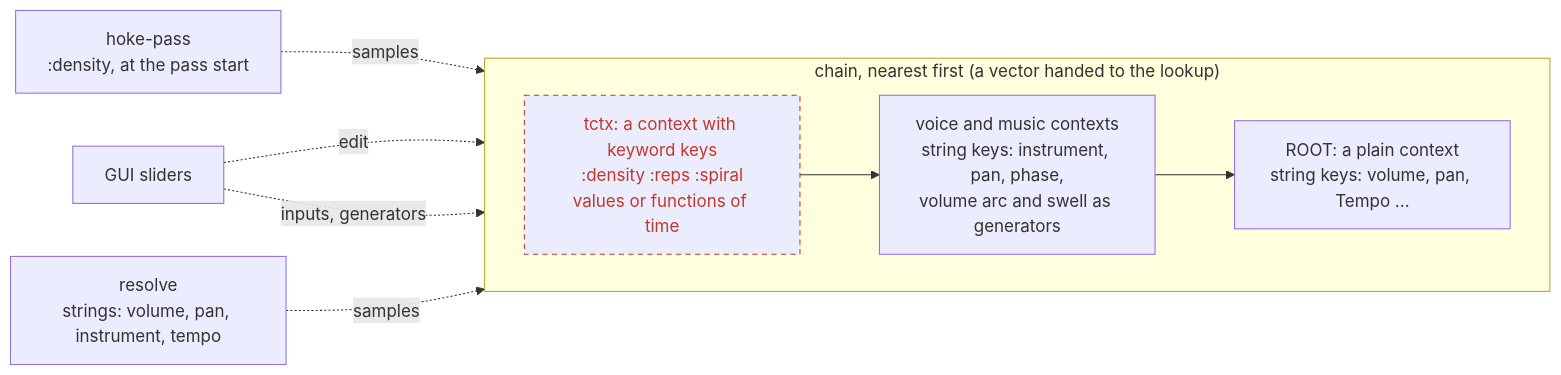
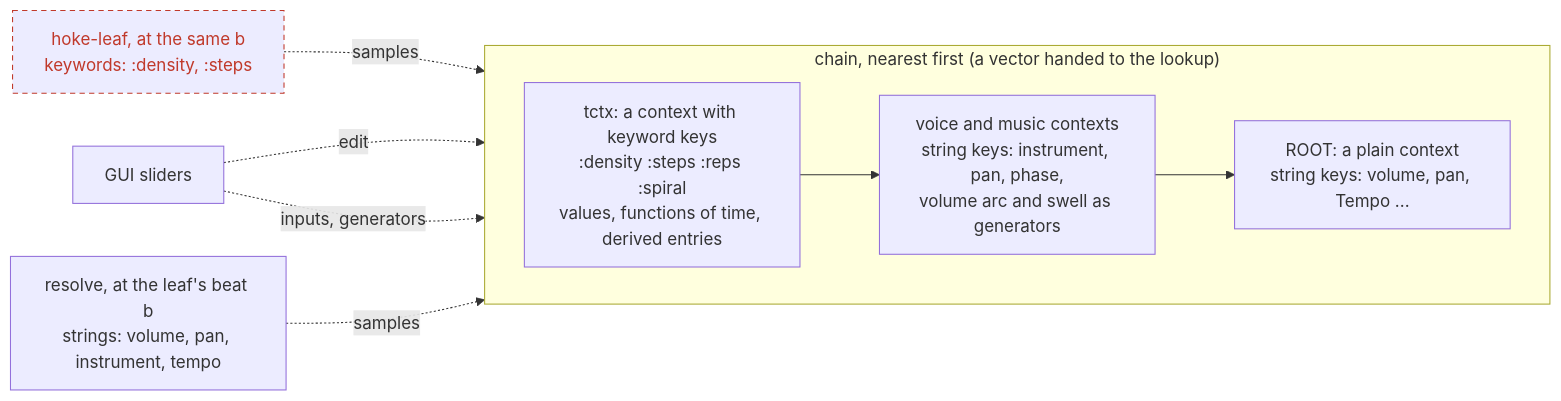
The third of 3 diagrams in doc/md/hoketus-dynamic.md (gebdevalk/musics), drawn with Mermaid before and after one commit. The commit also changed other lines of this file and 1 other file, not shown here.

Commit message:
docs: a voice as a function of beat -- one leaf, one beat, every lookup at that beat

````diff
--- a/doc/md/hoketus-dynamic.md
+++ b/doc/md/hoketus-dynamic.md
@@ -65,15 +63,15 @@
 ```mermaid
 flowchart LR
   subgraph chain["chain, nearest first (a vector handed to the lookup)"]
     direction LR
-    tctx["tctx: a context with keyword keys<br/>:density :reps :spiral<br/>values or functions of time"] --> voice["voice and music contexts<br/>string keys: instrument, pan, phase,<br/>volume arc and swell as generators"]
+    tctx["tctx: a context with keyword keys<br/>:density :steps :reps :spiral<br/>values, functions of time, derived entries"] --> voice["voice and music contexts<br/>string keys: instrument, pan, phase,<br/>volume arc and swell as generators"]
     voice --> root["ROOT: a plain context<br/>string keys: volume, pan, Tempo ..."]
   end
-  resolve["resolve<br/>strings: volume, pan, instrument, tempo"] -. samples .-> chain
-  produce["hoke-pass<br/>:density, at the pass start"] -. samples .-> tctx
+  resolve["resolve, at the leaf's beat b<br/>strings: volume, pan, instrument, tempo"] -. samples .-> chain
+  produce["hoke-leaf, at the same b<br/>keywords: :density, :steps"] -. samples .-> tctx
   gui["GUI sliders"] -. edit .-> tctx
   gui -. inputs, generators .-> voice
 
   classDef planned stroke-dasharray: 5 4,stroke:#c0392b,color:#c0392b
-  class tctx planned
+  class produce planned
 ```
````
